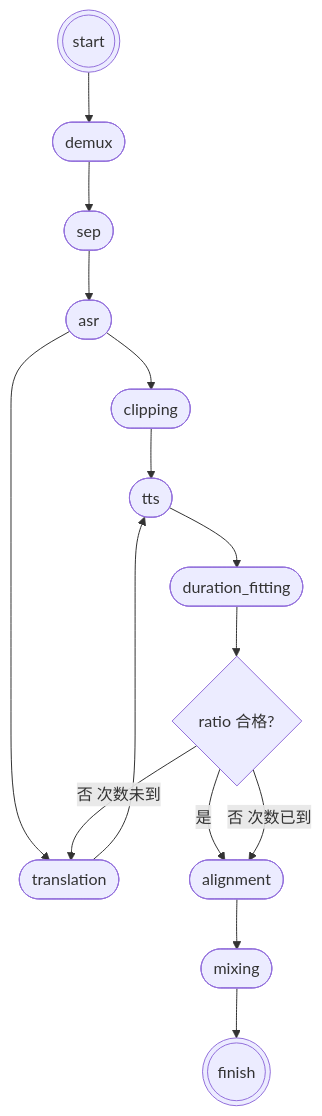
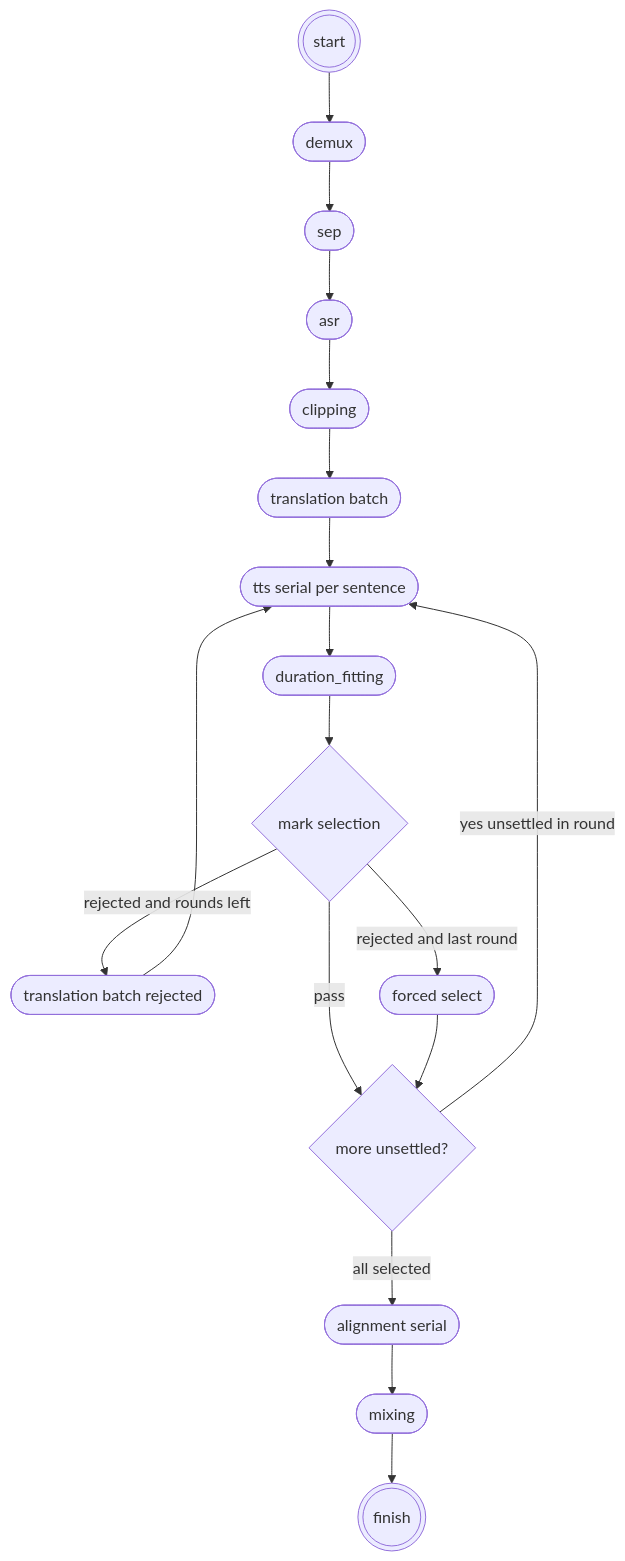
One commit to AaronJiTuo/magicdub-brain changed the diagram in Releases/06_magicdub-cli系统设计.md. Above: the diagram before and after it, drawn with Mermaid. The commit also changed other lines of this file and 2 other files, not shown here.

Commit message:
记录轮次批处理 fitting 调度落地

````diff
--- a/Releases/06_magicdub-cli系统设计.md
+++ b/Releases/06_magicdub-cli系统设计.md
@@ -141,14 +155,17 @@
 ```mermaid
 flowchart TD
   start(((start))) --> demux([demux]) --> sep([sep]) --> asr([asr])
   asr --> clipping([clipping])
-  asr --> translation([translation])
-  clipping --> tts([tts])
-  translation --> tts
+  clipping --> tr1([translation batch])
+  tr1 --> tts([tts serial per sentence])
   tts --> fitting([duration_fitting])
-  fitting --> sw{ratio 合格?}
-  sw -->|是| align([alignment])
-  sw -->|否 次数未到| translation
-  sw -->|否 次数已到| align
+  fitting --> sel{mark selection}
+  sel -->|pass| more{more unsettled?}
+  sel -->|rejected and rounds left| trN([translation batch rejected])
+  trN --> tts
+  sel -->|rejected and last round| forced([forced select])
+  forced --> more
+  more -->|yes unsettled in round| tts
+  more -->|all selected| align([alignment serial])
   align --> mix([mixing]) --> finish(((finish)))
 ```
````
